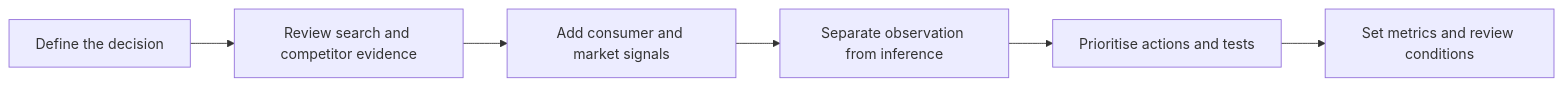
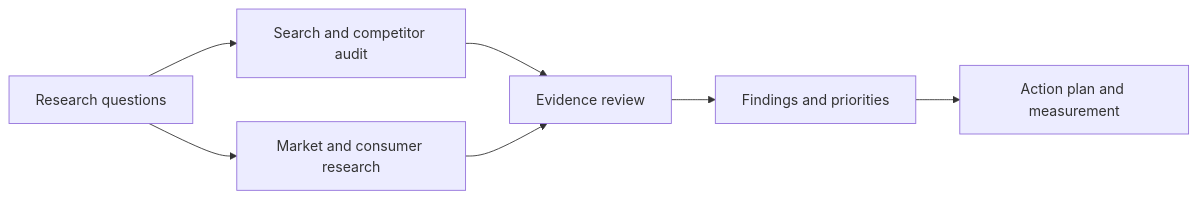
Before and after one commit to Fangffff-glitch/gousto-digital-market-intelligence: the diagram in README.md, drawn with Mermaid. The commit also changed other lines of this file, not shown here.

Commit message:
Expand project overview, methods and historical findings

````diff
--- a/README.md
+++ b/README.md
@@ -25,8 +50,9 @@
 ```mermaid
 flowchart LR
-    A[Define the decision] --> B[Review search and competitor evidence]
-    B --> C[Add consumer and market signals]
-    C --> D[Separate observation from inference]
-    D --> E[Prioritise actions and tests]
-    E --> F[Set metrics and review conditions]
+    A[Research questions] --> B[Search and competitor audit]
+    A --> C[Market and consumer research]
+    B --> D[Evidence review]
+    C --> D
+    D --> E[Findings and priorities]
+    E --> F[Action plan and measurement]
 ```
````
